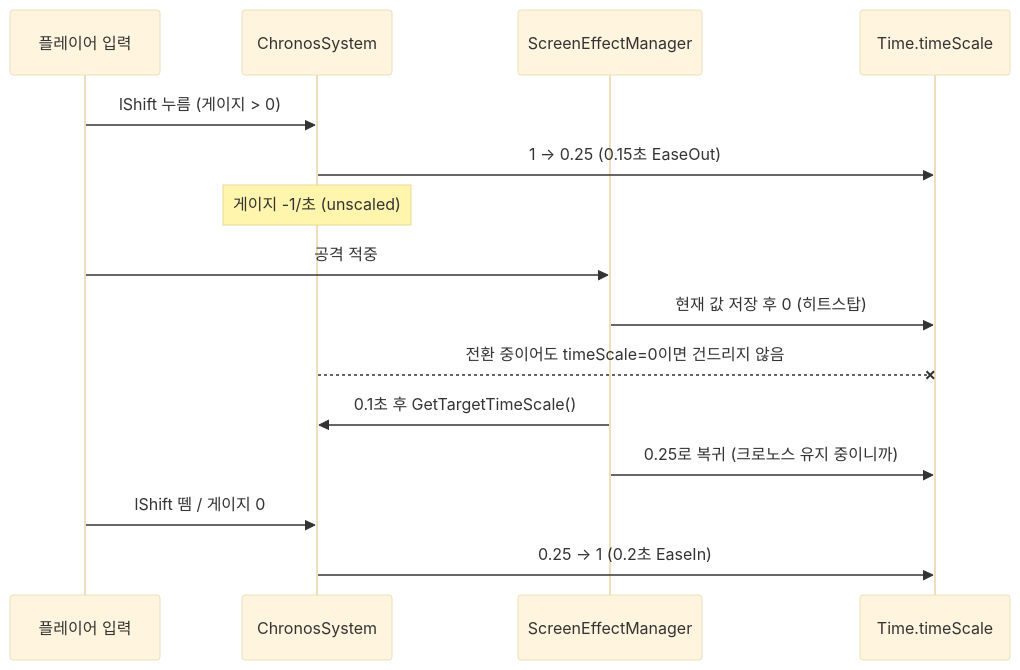
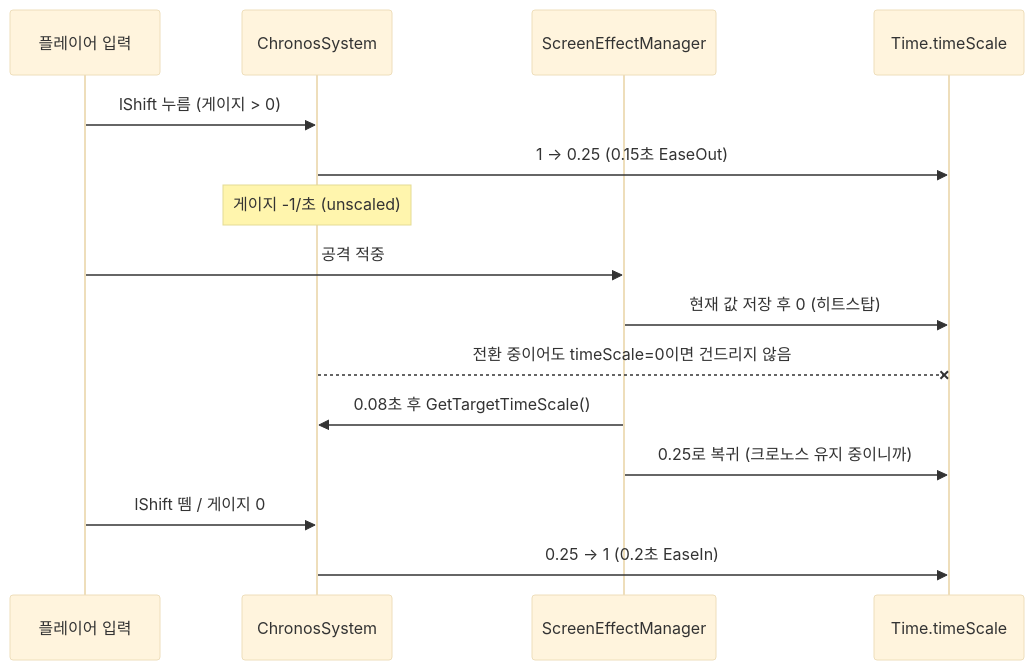
One commit to NaJungWon/portfolio changed the fourth of 5 diagrams in src/02-katana-zero/기술문서.md. Above: the diagram before and after it, drawn with Mermaid (base theme). The commit also changed other lines of this file, not shown here.

````diff
--- a/src/02-katana-zero/기술문서.md
+++ b/src/02-katana-zero/기술문서.md
@@ -356,18 +358,18 @@
 ```mermaid
 sequenceDiagram
     participant P as 플레이어 입력
     participant C as ChronosSystem
     participant S as ScreenEffectManager
     participant T as Time.timeScale
 
     P->>C: lShift 누름 (게이지 > 0)
     C->>T: 1 → 0.25 (0.15초 EaseOut)
     Note over C: 게이지 -1/초 (unscaled)
     P->>S: 공격 적중
     S->>T: 현재 값 저장 후 0 (히트스탑)
     C--xT: 전환 중이어도 timeScale=0이면 건드리지 않음
-    S->>C: 0.1초 후 GetTargetTimeScale()
+    S->>C: 0.08초 후 GetTargetTimeScale()
     S->>T: 0.25로 복귀 (크로노스 유지 중이니까)
     P->>C: lShift 뗌 / 게이지 0
     C->>T: 0.25 → 1 (0.2초 EaseIn)
 ```
````
